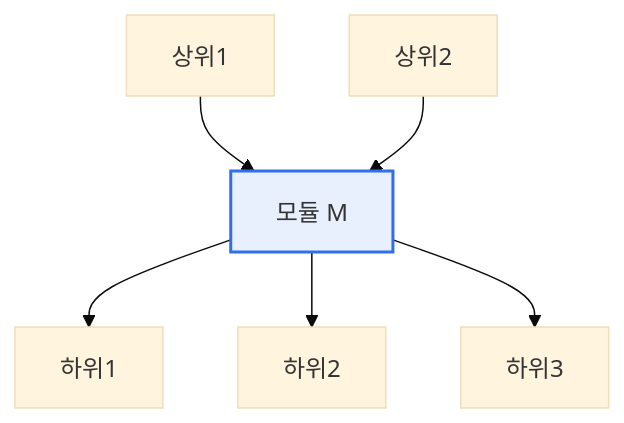
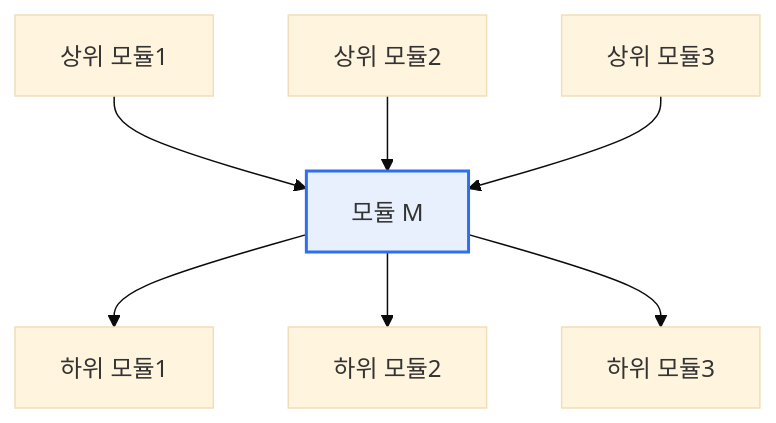
Before and after one commit to coninggu/wjdqhrhksflrltnftk: the second of 2 diagrams in content/module-cohesion-coupling.md, drawn with Mermaid (base theme). The commit also changed other lines of this file and 3 other files, not shown here.

````diff
--- a/content/module-cohesion-coupling.md
+++ b/content/module-cohesion-coupling.md
@@ -33,9 +77,10 @@
 ```mermaid
 flowchart TB
-  U1[상위1] --> M[모듈 M]
-  U2[상위2] --> M
-  M --> D1[하위1]
-  M --> D2[하위2]
-  M --> D3[하위3]
+  U1["상위 모듈1"] --> M["모듈 M"]
+  U2["상위 모듈2"] --> M
+  U3["상위 모듈3"] --> M
+  M --> D1["하위 모듈1"]
+  M --> D2["하위 모듈2"]
+  M --> D3["하위 모듈3"]
   style M fill:#e8f0fe,stroke:#2f6fed,stroke-width:2px
 ```
````
